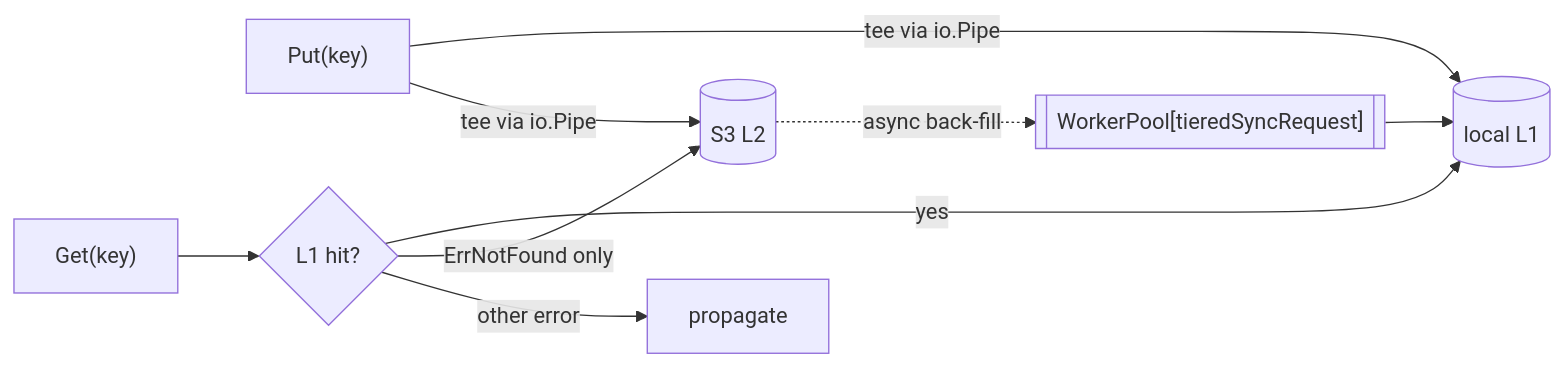
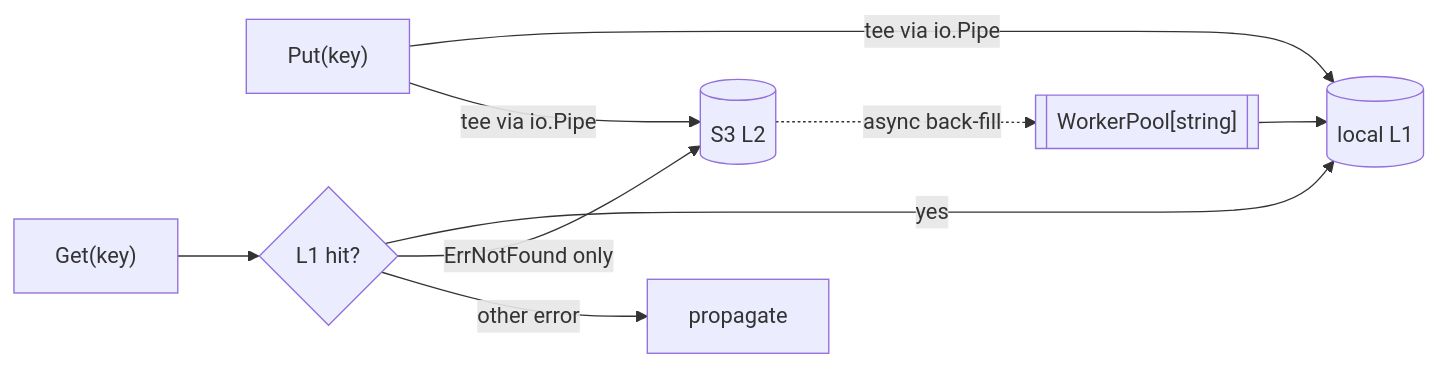
One commit to huyhandes/groxpi changed the fourth of 4 diagrams in docs/architecture.md. Above: the diagram before and after it, drawn with Mermaid. The commit also changed other lines of this file and 5 other files, not shown here.

````diff
--- a/docs/architecture.md
+++ b/docs/architecture.md
@@ -150,11 +162,11 @@
 ```mermaid
 flowchart LR
   put["Put(key)"] -->|tee via io.Pipe| L1[(local L1)]
   put -->|tee via io.Pipe| L2[(S3 L2)]
   get["Get(key)"] --> tryL1{L1 hit?}
   tryL1 -->|yes| L1
   tryL1 -->|ErrNotFound only| L2
   tryL1 -->|other error| err["propagate"]
-  L2 -.async back-fill.-> SQ[["WorkerPool[tieredSyncRequest]"]]
+  L2 -.async back-fill.-> SQ[["WorkerPool[string]"]]
   SQ --> L1
 ```
````
